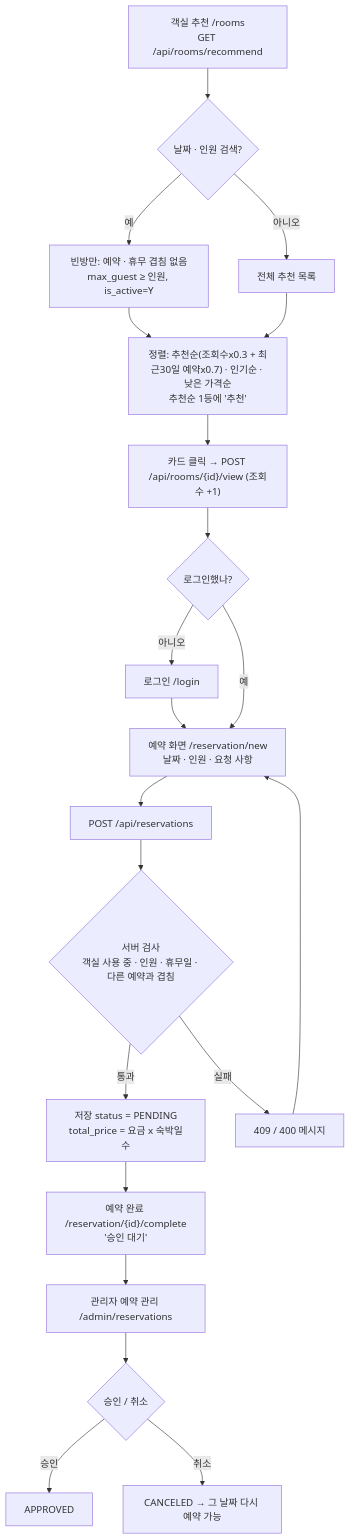
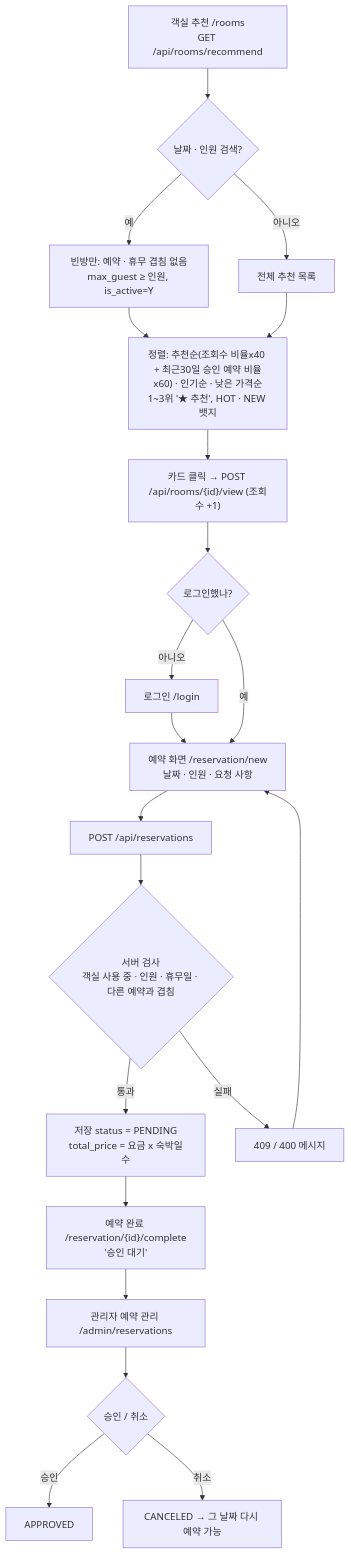
One commit to hotel-sol/Hotel-reservation changed the third of 6 diagrams in docs/ARCHITECTURE.md. Above: the diagram before and after it, drawn with Mermaid. The commit also changed other lines of this file and 4 other files, not shown here.

````diff
--- a/docs/ARCHITECTURE.md
+++ b/docs/ARCHITECTURE.md
@@ -107,21 +107,21 @@
 ```mermaid
 flowchart TD
     A["객실 추천 /rooms<br/>GET /api/rooms/recommend"] --> B{"날짜 · 인원 검색?"}
     B -- "예" --> C["빈방만: 예약 · 휴무 겹침 없음<br/>max_guest ≥ 인원, is_active=Y"]
     B -- "아니오" --> D["전체 추천 목록"]
-    C --> E["정렬: 추천순(조회수x0.3 + 최근30일 예약x0.7) · 인기순 · 낮은 가격순<br/>추천순 1등에 '추천'"]
+    C --> E["정렬: 추천순(조회수 비율x40 + 최근30일 승인 예약 비율x60) · 인기순 · 낮은 가격순<br/>1~3위 '★ 추천', HOT · NEW 뱃지"]
     D --> E
     E --> F["카드 클릭 → POST /api/rooms/{id}/view (조회수 +1)"]
     F --> G{"로그인했나?"}
     G -- "아니오" --> L["로그인 /login"] --> H
     G -- "예" --> H["예약 화면 /reservation/new<br/>날짜 · 인원 · 요청 사항"]
     H --> I["POST /api/reservations"]
     I --> J{"서버 검사<br/>객실 사용 중 · 인원 · 휴무일 · 다른 예약과 겹침"}
     J -- "통과" --> K["저장 status = PENDING<br/>total_price = 요금 x 숙박일수"]
     J -- "실패" --> X["409 / 400 메시지"] --> H
     K --> N["예약 완료 /reservation/{id}/complete<br/>'승인 대기'"]
     N --> O["관리자 예약 관리 /admin/reservations"]
     O --> P{"승인 / 취소"}
     P -- "승인" --> Q["APPROVED"]
     P -- "취소" --> R["CANCELED → 그 날짜 다시 예약 가능"]
 ```
````
